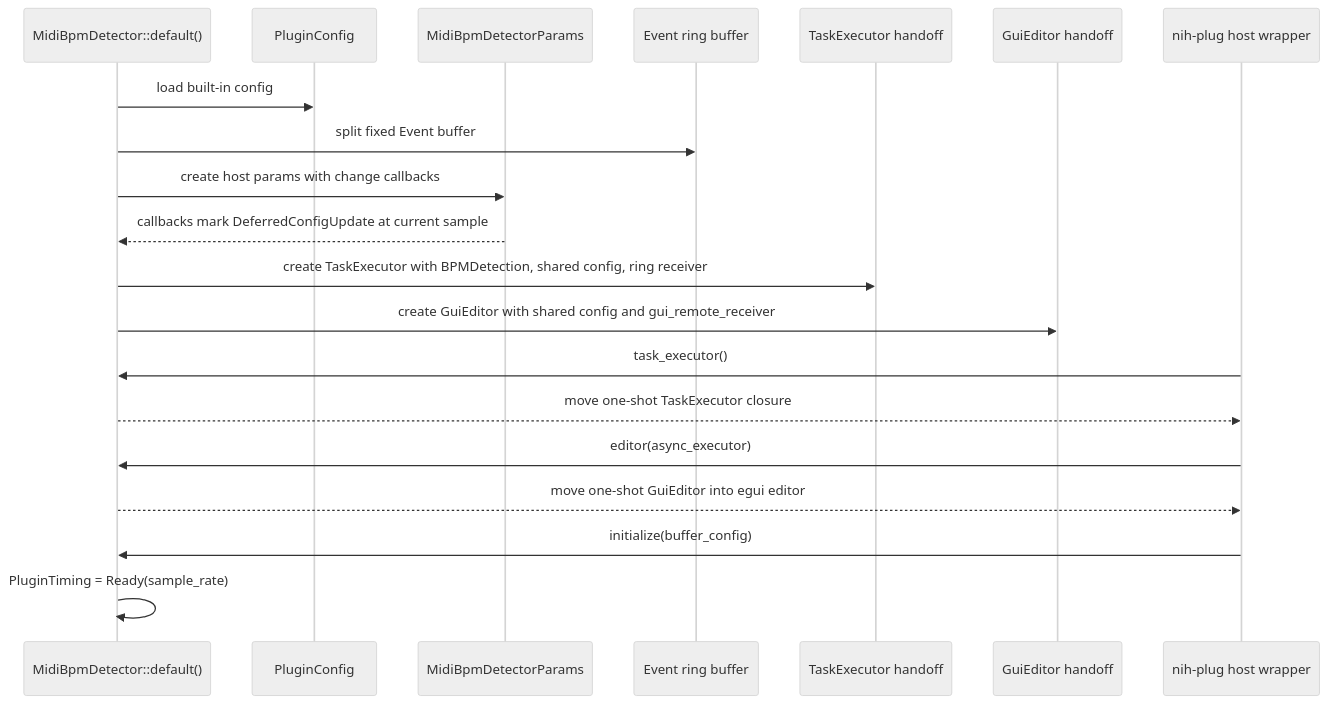
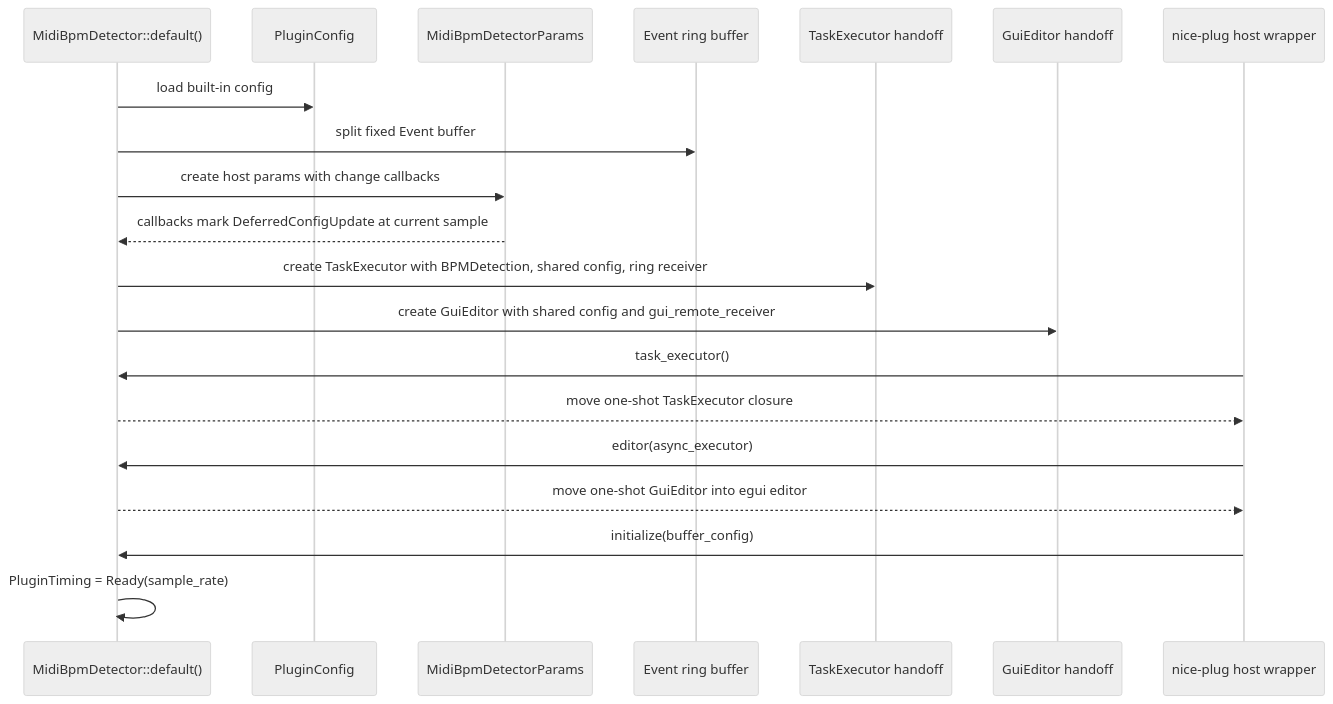
Before and after one commit to valsteen/midi_bpm_detection: the third of 11 diagrams in docs/runtime-lifecycle.md, drawn with Mermaid (neutral theme). The commit also changed other lines of this file and 98 other files, not shown here.

Commit message:
refactor: rename nice-plug parameter adapters

````diff
--- a/docs/runtime-lifecycle.md
+++ b/docs/runtime-lifecycle.md
@@ -105,23 +105,23 @@
 ```mermaid
 sequenceDiagram
     participant Plugin as MidiBpmDetector::default()
     participant Config as PluginConfig
     participant Params as MidiBpmDetectorParams
     participant Ring as Event ring buffer
     participant Exec as TaskExecutor handoff
     participant Editor as GuiEditor handoff
-    participant Host as nih-plug host wrapper
+    participant Host as nice-plug host wrapper
 
     Plugin->>Config: load built-in config
     Plugin->>Ring: split fixed Event buffer
     Plugin->>Params: create host params with change callbacks
     Params-->>Plugin: callbacks mark DeferredConfigUpdate at current sample
     Plugin->>Exec: create TaskExecutor with BPMDetection, shared config, ring receiver
     Plugin->>Editor: create GuiEditor with shared config and gui_remote_receiver
     Host->>Plugin: task_executor()
     Plugin-->>Host: move one-shot TaskExecutor closure
     Host->>Plugin: editor(async_executor)
     Plugin-->>Host: move one-shot GuiEditor into egui editor
     Host->>Plugin: initialize(buffer_config)
     Plugin->>Plugin: PluginTiming = Ready(sample_rate)
 ```
````
